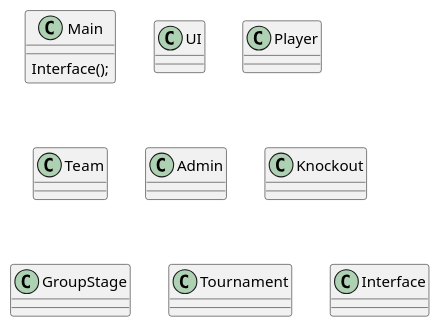
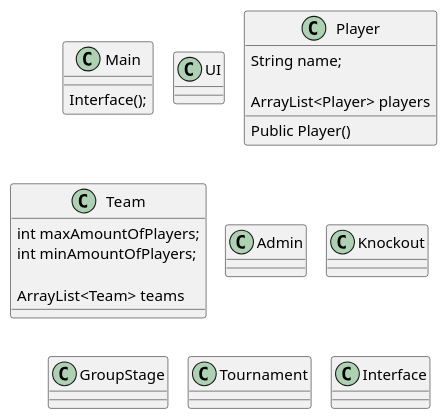
Before and after one commit to AbdullahMarwan/-CPH-SP3-BordTennisTurnering: the diagram in src/PlantUML/Class Diagram.puml, drawn with PlantUML.

Commit message:
Class Diagram WIP

```diff
--- a/src/PlantUML/Class Diagram.puml
+++ b/src/PlantUML/Class Diagram.puml
@@ -1,43 +1,50 @@
 @startuml
+!pragma layout smetana
 
 class Main {
  Interface();
 }
 
 class UI {
 
 }
 
 class Player {
+String name;
 
+Public Player()
+ArrayList<Player> players
 }
 
 class Team {
+int maxAmountOfPlayers;
+int minAmountOfPlayers;
 
+ArrayList<Team> teams
 }
 
 class Admin {
 
 }
 
 class Knockout {
 
 
 }
 
 class GroupStage {
 
 }
 
 class Tournament {
 
 }
 
 class Interface {
 
 }
 
 
 
 
 @enduml
```
